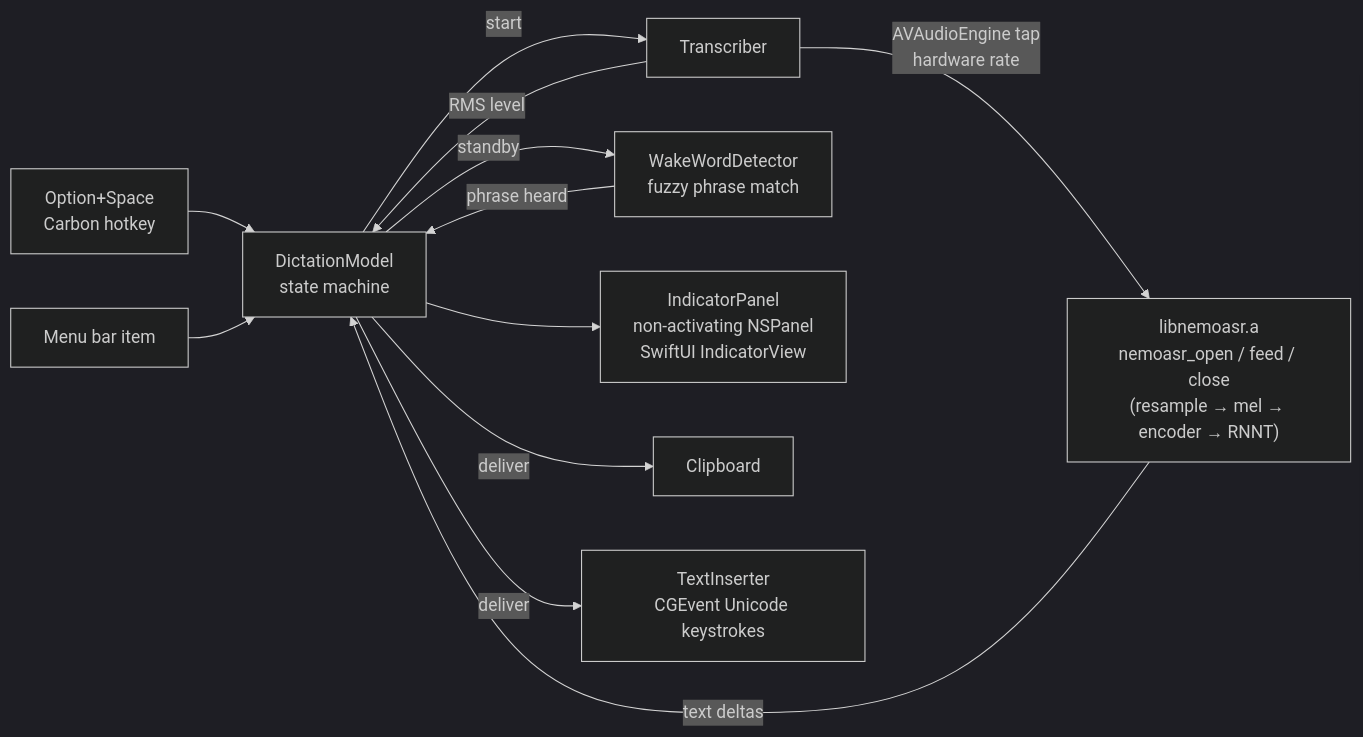
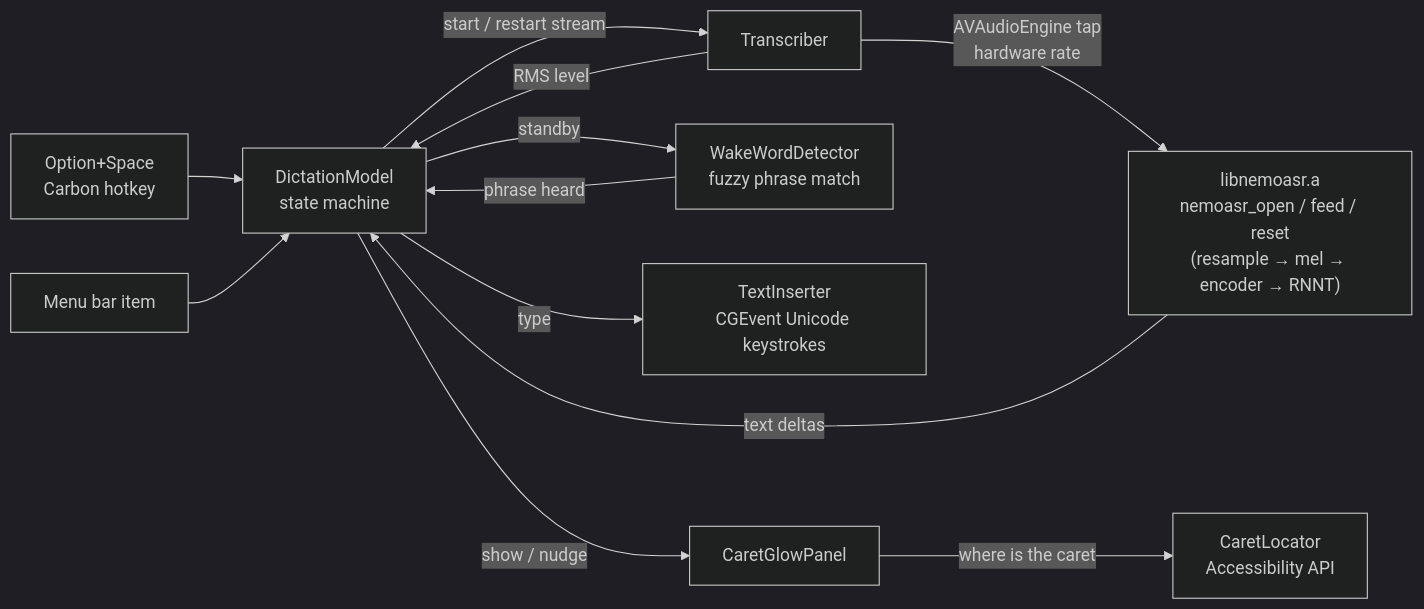
The diagram in README.md (SeungheonOh/nemo), drawn with Mermaid (dark theme) before and after one commit. The commit also changed other lines of this file and 5 other files, not shown here.

````diff
--- a/README.md
+++ b/README.md
@@ -35,14 +25,14 @@
 ```mermaid
 flowchart LR
     hk[Option+Space<br/>Carbon hotkey] --> model[DictationModel<br/>state machine]
     menu[Menu bar item] --> model
-    model -->|start| tr[Transcriber]
-    tr -->|AVAudioEngine tap<br/>hardware rate| lib["libnemoasr.a<br/>nemoasr_open / feed / close<br/>(resample → mel → encoder → RNNT)"]
+    model -->|start / restart stream| tr[Transcriber]
+    tr -->|AVAudioEngine tap<br/>hardware rate| lib["libnemoasr.a<br/>nemoasr_open / feed / reset<br/>(resample → mel → encoder → RNNT)"]
     lib -->|text deltas| model
     tr -->|RMS level| model
     model -->|standby| wake[WakeWordDetector<br/>fuzzy phrase match]
     wake -->|phrase heard| model
-    model --> panel[IndicatorPanel<br/>non-activating NSPanel<br/>SwiftUI IndicatorView]
-    model -->|deliver| clip[Clipboard]
-    model -->|deliver| typer[TextInserter<br/>CGEvent Unicode keystrokes]
+    model -->|type| typer[TextInserter<br/>CGEvent Unicode keystrokes]
+    model -->|show / nudge| glow[CaretGlowPanel]
+    glow -->|where is the caret| ax[CaretLocator<br/>Accessibility API]
 ```
````
